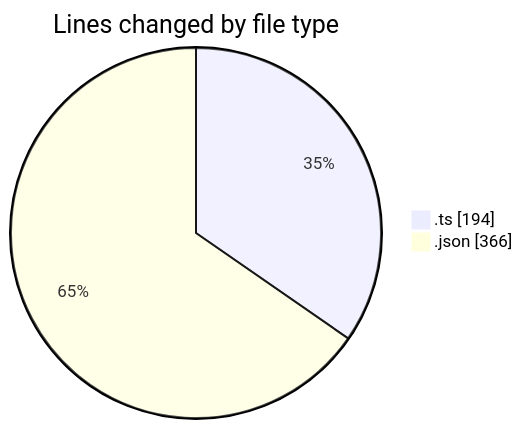
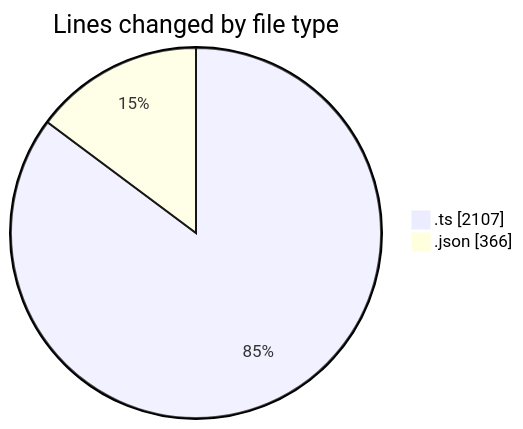
The first of 2 diagrams in 2025-10-27/cda/README.md (momahboobian/code-tracking), drawn with Mermaid before and after one commit. The commit also changed other lines of this file and 1 other file, not shown here.

````diff
--- a/2025-10-27/cda/README.md
+++ b/2025-10-27/cda/README.md
@@ -23,6 +26,6 @@
 ```mermaid
 pie showData
 title Lines changed by file type
-".ts" : 194
+".ts" : 2107
 ".json" : 366
 ```
````
